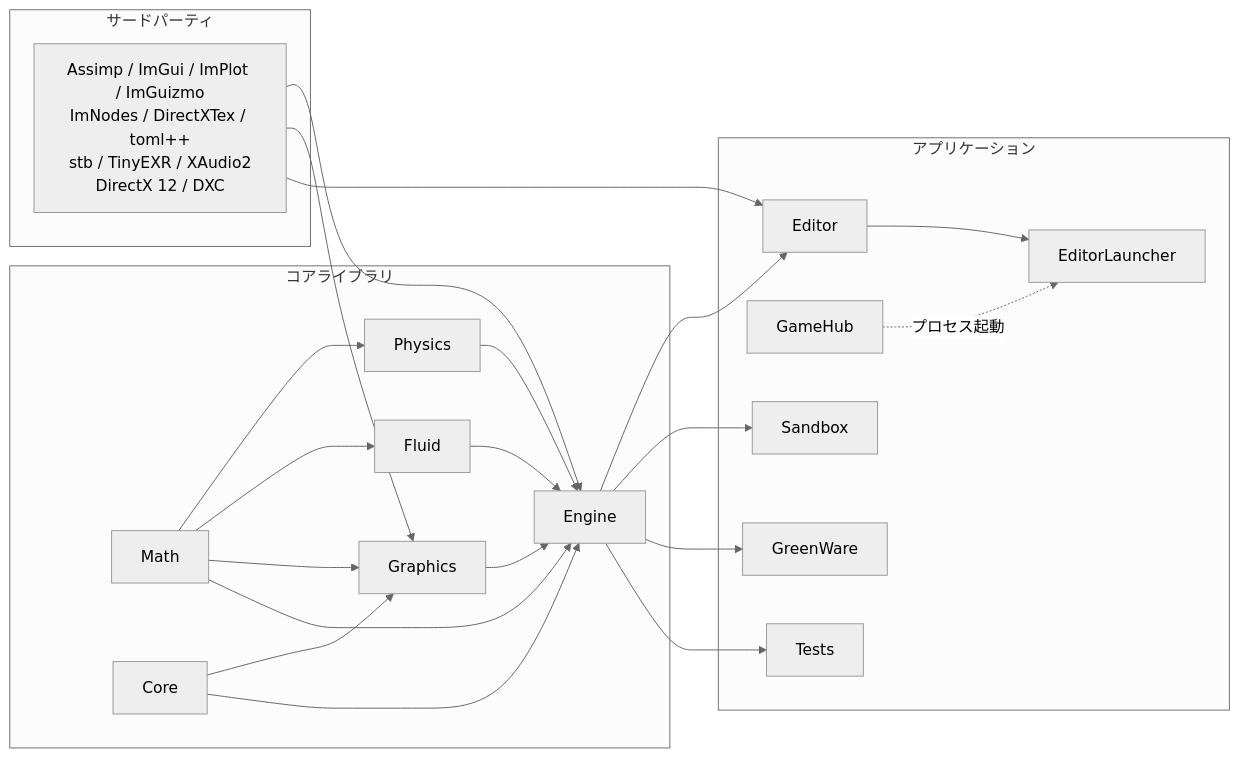
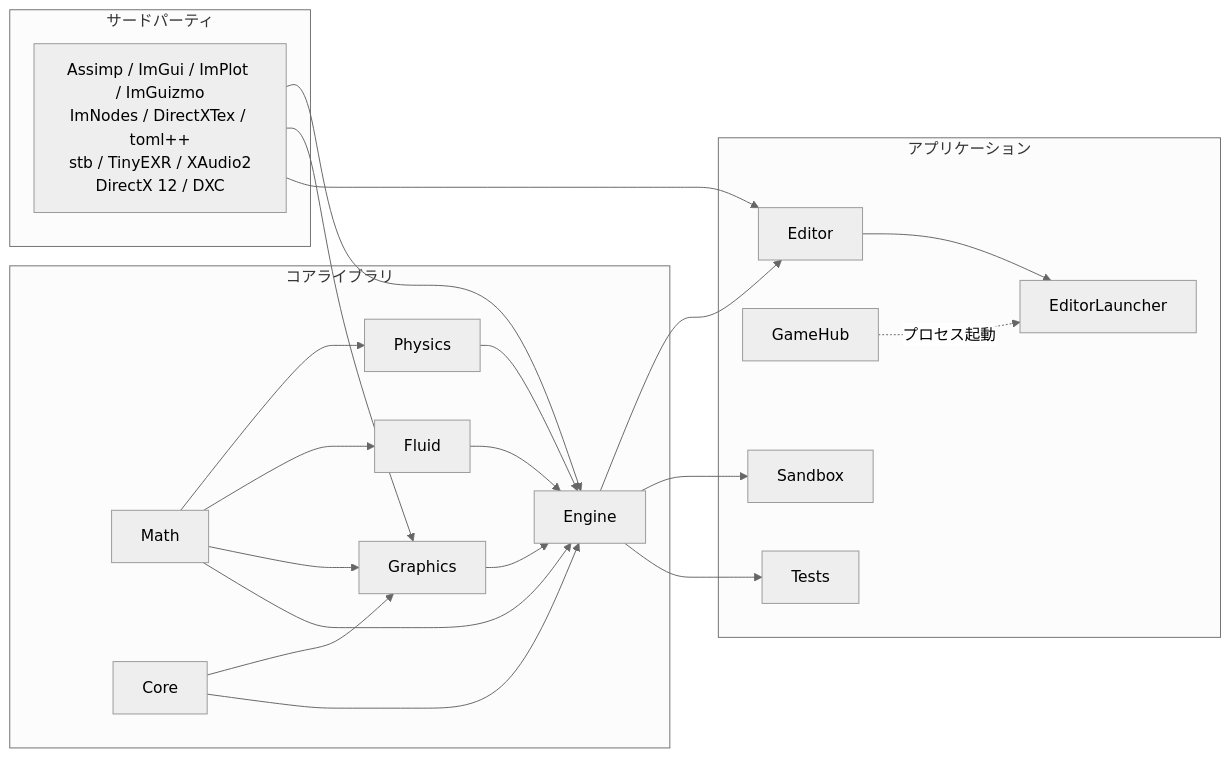
One commit to HasegawaJin/FBZZ_Engine changed the first of 3 diagrams in README.md. Above: the diagram before and after it, drawn with Mermaid (neutral theme). The commit also changed other lines of this file and 11 other files, not shown here.

````diff
--- a/README.md
+++ b/README.md
@@ -147,43 +130,41 @@
 ```mermaid
 graph LR
     subgraph サードパーティ
         TP["Assimp / ImGui / ImPlot / ImGuizmo\nImNodes / DirectXTex / toml++\nstb / TinyEXR / XAudio2\nDirectX 12 / DXC"]
     end
 
     subgraph コアライブラリ
         Math
         Core
         Graphics
         Physics
         Fluid
         Engine
     end
 
     subgraph アプリケーション
         Editor
         EditorLauncher
         GameHub
         Sandbox
-        GreenWare
         Tests
     end
 
     Math --> Physics
     Math --> Fluid
     Math --> Graphics
     Core --> Graphics
     Core --> Engine
     Graphics --> Engine
     Fluid --> Engine
     Math --> Engine
     Physics --> Engine
     TP --> Engine
     TP --> Graphics
     TP --> Editor
     Engine --> Editor
     Engine --> Sandbox
-    Engine --> GreenWare
     Engine --> Tests
     Editor --> EditorLauncher
     GameHub -. プロセス起動 .-> EditorLauncher
 ```
````
